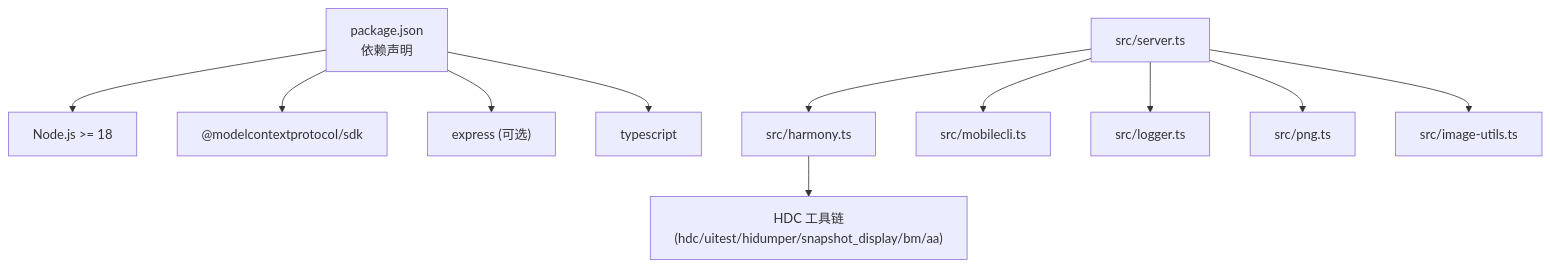
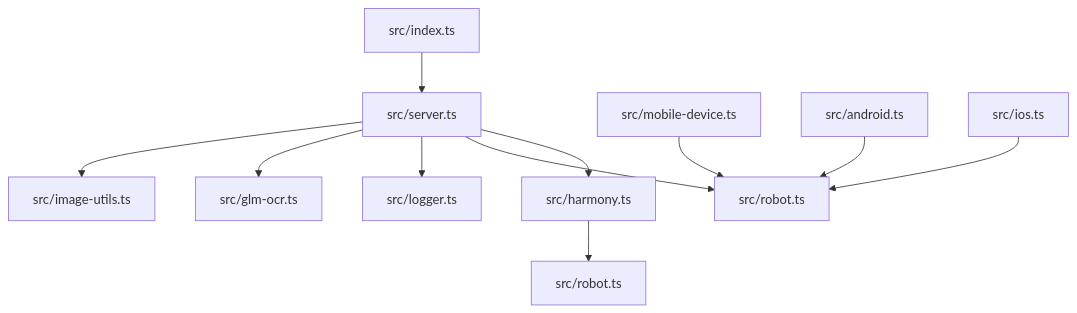
The ninth of 10 diagrams in .qoder/repowiki/zh/content/开发者指南/新平台扩展开发/平台集成指南/HarmonyOS 平台集成.md (zedomi/mobile-mcp-hmos), drawn with Mermaid before and after one commit. The commit also changed other lines of this file and 11 other files, not shown here.

First line of the commit message:
feat: integrate GLM-OCR into mobile_list_elements_on_screen for Weex page support

````diff
--- a/.qoder/repowiki/zh/content/开发者指南/新平台扩展开发/平台集成指南/HarmonyOS 平台集成.md
+++ b/.qoder/repowiki/zh/content/开发者指南/新平台扩展开发/平台集成指南/HarmonyOS 平台集成.md
@@ -291,13 +385,13 @@
 ```mermaid
 graph TB
-PKG["package.json<br/>依赖声明"] --> NODE["Node.js >= 18"]
-PKG --> MCP["@modelcontextprotocol/sdk"]
-PKG --> EXP["express (可选)"]
-PKG --> TS["typescript"]
-SRV["src/server.ts"] --> HARMONY["src/harmony.ts"]
-SRV --> MOBILECLI["src/mobilecli.ts"]
-HARMONY --> HDC["HDC 工具链(hdc/uitest/hidumper/snapshot_display/bm/aa)"]
-SRV --> LOGGER["src/logger.ts"]
-SRV --> PNG["src/png.ts"]
-SRV --> IMGUTIL["src/image-utils.ts"]
+A[src/index.ts] --> B[src/server.ts]
+B --> C[src/harmony.ts]
+B --> D[src/robot.ts]
+B --> E[src/logger.ts]
+B --> F[src/glm-ocr.ts]
+B --> G[src/image-utils.ts]
+C --> H[src/robot.ts]
+I[src/mobile-device.ts] --> D
+J[src/android.ts] --> D
+K[src/ios.ts] --> D
 ```
````
